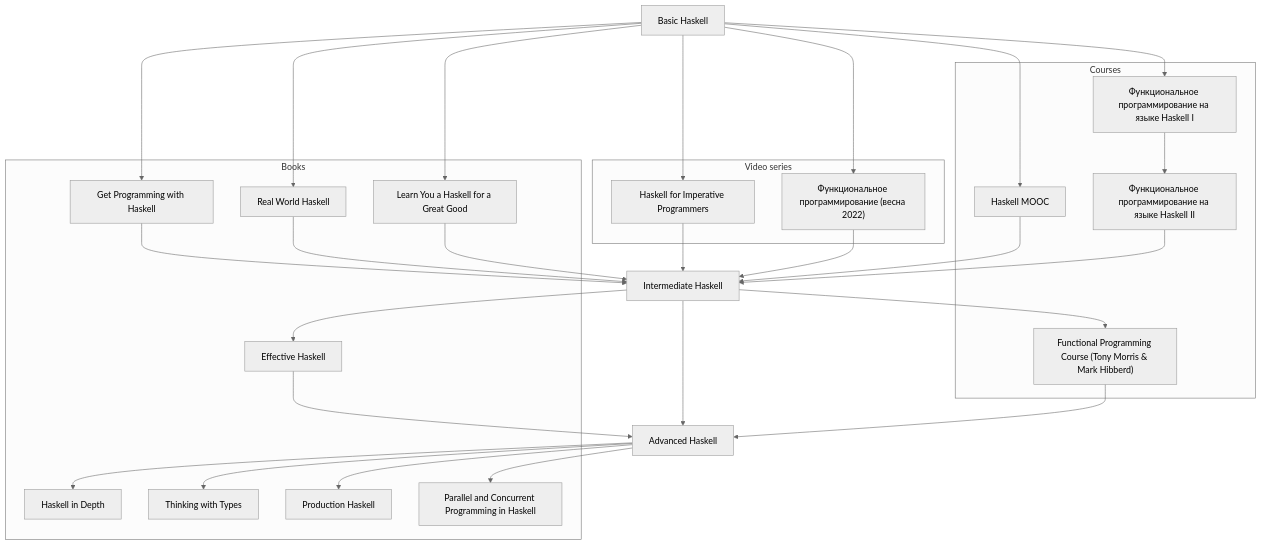
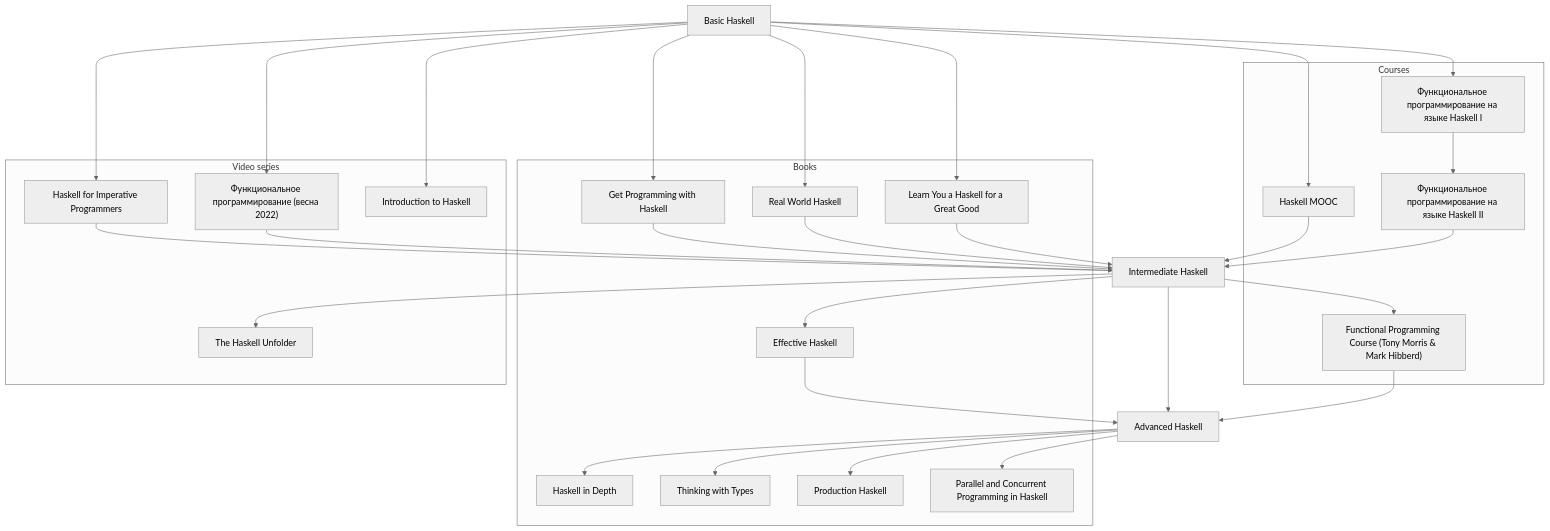
The diagram in README.md (haskelluz/resources), drawn with Mermaid (neutral theme) before and after one commit. The commit also changed other lines of this file, not shown here.

Commit message:
add: well-typed resources

````diff
--- a/README.md
+++ b/README.md
@@ -26,50 +26,54 @@
 ```mermaid
 graph TD
     A1[Basic Haskell]
     A2[Intermediate Haskell]
     A3[Advanced Haskell]
 
     A1 --> B1_1[Get Programming with Haskell]
     A1 --> B1_2[Real World Haskell]
     A1 --> B1_3[Learn You a Haskell for a Great Good]
     A1 --> C1_1[Haskell MOOC]
     A1 --> C1_2[Функциональное программирование на языке Haskell I]
     A1 --> V1_1[Haskell for Imperative Programmers]
     A1 --> V1_2["Функциональное программирование (весна 2022)"]
+    A1 --> V1_3[Introduction to Haskell]
 
     C1_2 --> C1_3[Функциональное программирование на языке Haskell II]
 
     A2 --> B2_1[Effective Haskell]
     A2 --> C2_1["Functional Programming Course (Tony Morris & Mark Hibberd)"]
+    A2 --> V2_1[The Haskell Unfolder]
 
     A3 --> B3_1[Haskell in Depth]
     A3 --> B3_2[Thinking with Types]
     A3 --> B3_3[Production Haskell]
     A3 --> B3_4[Parallel and Concurrent Programming in Haskell]
 
     B1_1 & B1_2 & B1_3 & C1_1 & C1_3 & V1_1 & V1_2 --> A2
     B2_1 & A2 & C2_1 --> A3
 
     subgraph "Books"
     B1_1
     B1_2
     B1_3
     B2_1
     B3_1
     B3_2
     B3_3
     B3_4
     end
 
     subgraph "Courses"
     C1_1
     C1_2
     C1_3
     C2_1
     end
 
     subgraph "Video series"
     V1_1
     V1_2
+    V1_3
+    V2_1
     end
 ```
````
